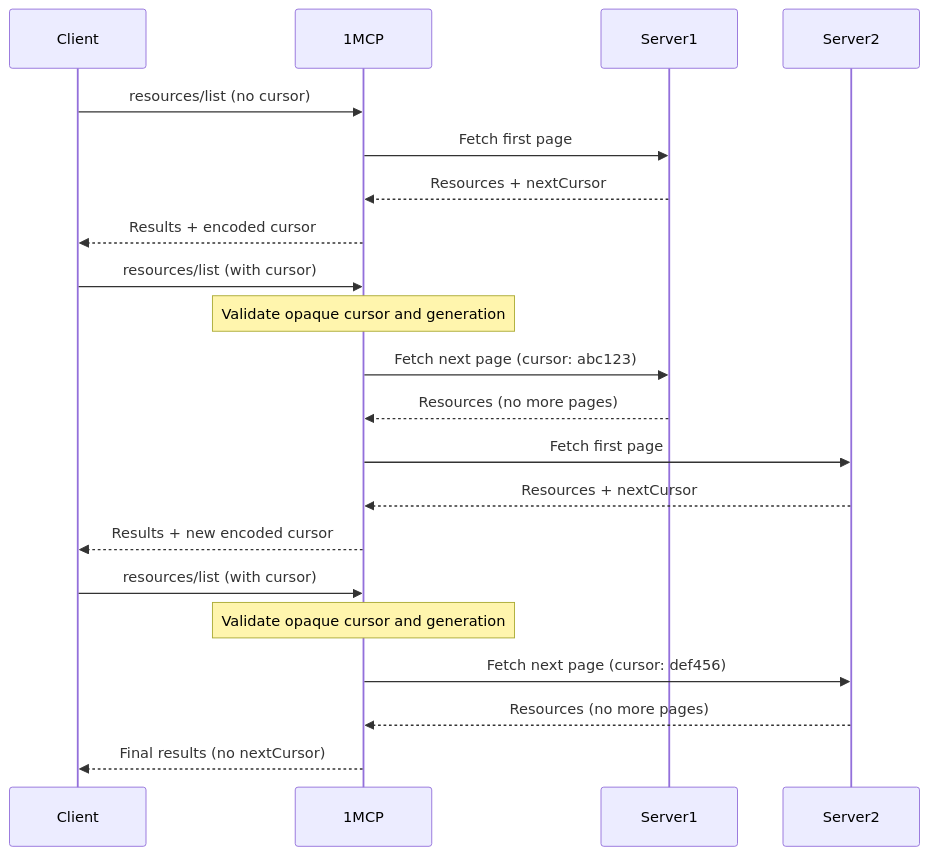
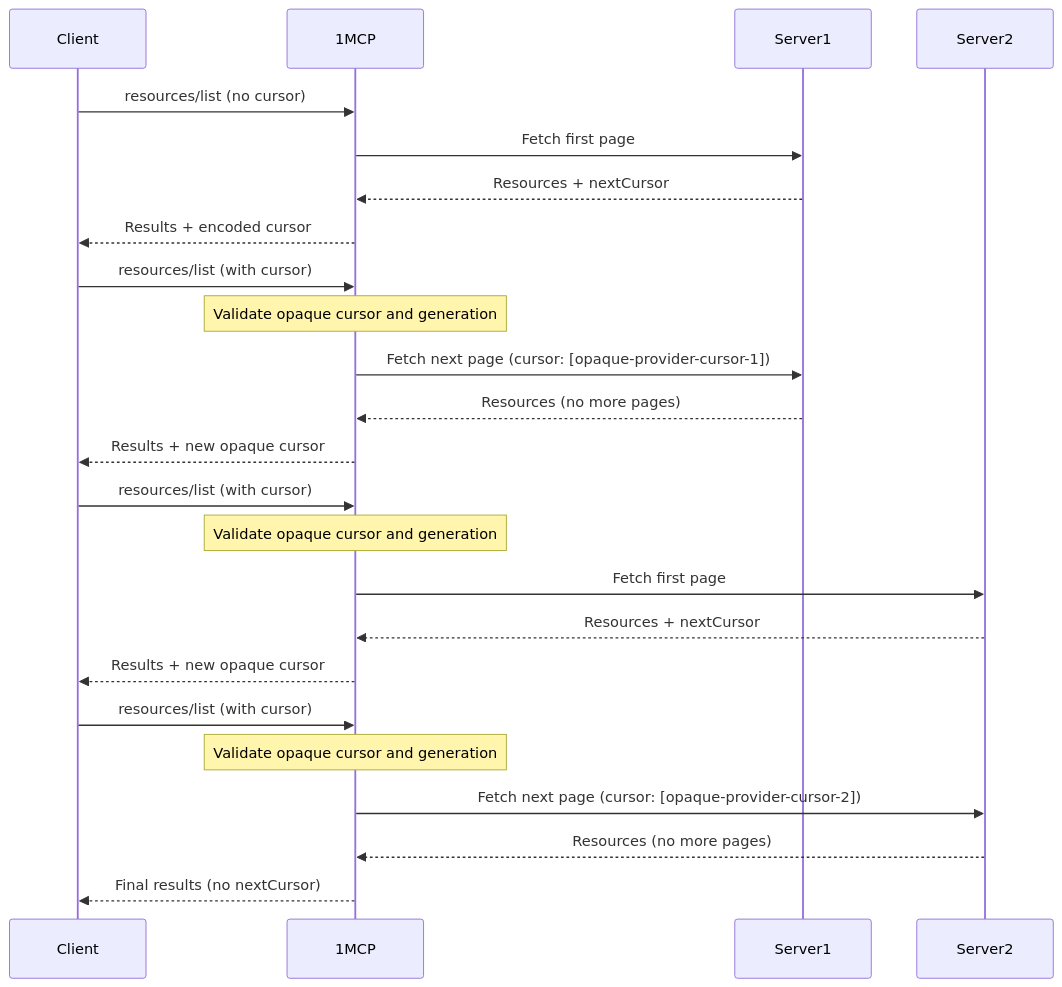
Before and after one commit to 1mcp-app/agent: the diagram in docs/en/reference/pagination.md, drawn with Mermaid. The commit also changed other lines of this file and 5 other files, not shown here.

````diff
--- a/docs/en/reference/pagination.md
+++ b/docs/en/reference/pagination.md
@@ -81,26 +81,30 @@
 ```mermaid
 sequenceDiagram
     participant Client
     participant 1MCP
     participant Server1
     participant Server2
 
     Client->>1MCP: resources/list (no cursor)
     1MCP->>Server1: Fetch first page
     Server1-->>1MCP: Resources + nextCursor
     1MCP-->>Client: Results + encoded cursor
 
     Client->>1MCP: resources/list (with cursor)
     Note over 1MCP: Validate opaque cursor and generation
-    1MCP->>Server1: Fetch next page (cursor: abc123)
+    1MCP->>Server1: Fetch next page (cursor: [opaque-provider-cursor-1])
     Server1-->>1MCP: Resources (no more pages)
-    1MCP->>Server2: Fetch first page
-    Server2-->>1MCP: Resources + nextCursor
-    1MCP-->>Client: Results + new encoded cursor
+    1MCP-->>Client: Results + new opaque cursor
 
     Client->>1MCP: resources/list (with cursor)
     Note over 1MCP: Validate opaque cursor and generation
-    1MCP->>Server2: Fetch next page (cursor: def456)
+    1MCP->>Server2: Fetch first page
+    Server2-->>1MCP: Resources + nextCursor
+    1MCP-->>Client: Results + new opaque cursor
+
+    Client->>1MCP: resources/list (with cursor)
+    Note over 1MCP: Validate opaque cursor and generation
+    1MCP->>Server2: Fetch next page (cursor: [opaque-provider-cursor-2])
     Server2-->>1MCP: Resources (no more pages)
     1MCP-->>Client: Final results (no nextCursor)
 ```
````
